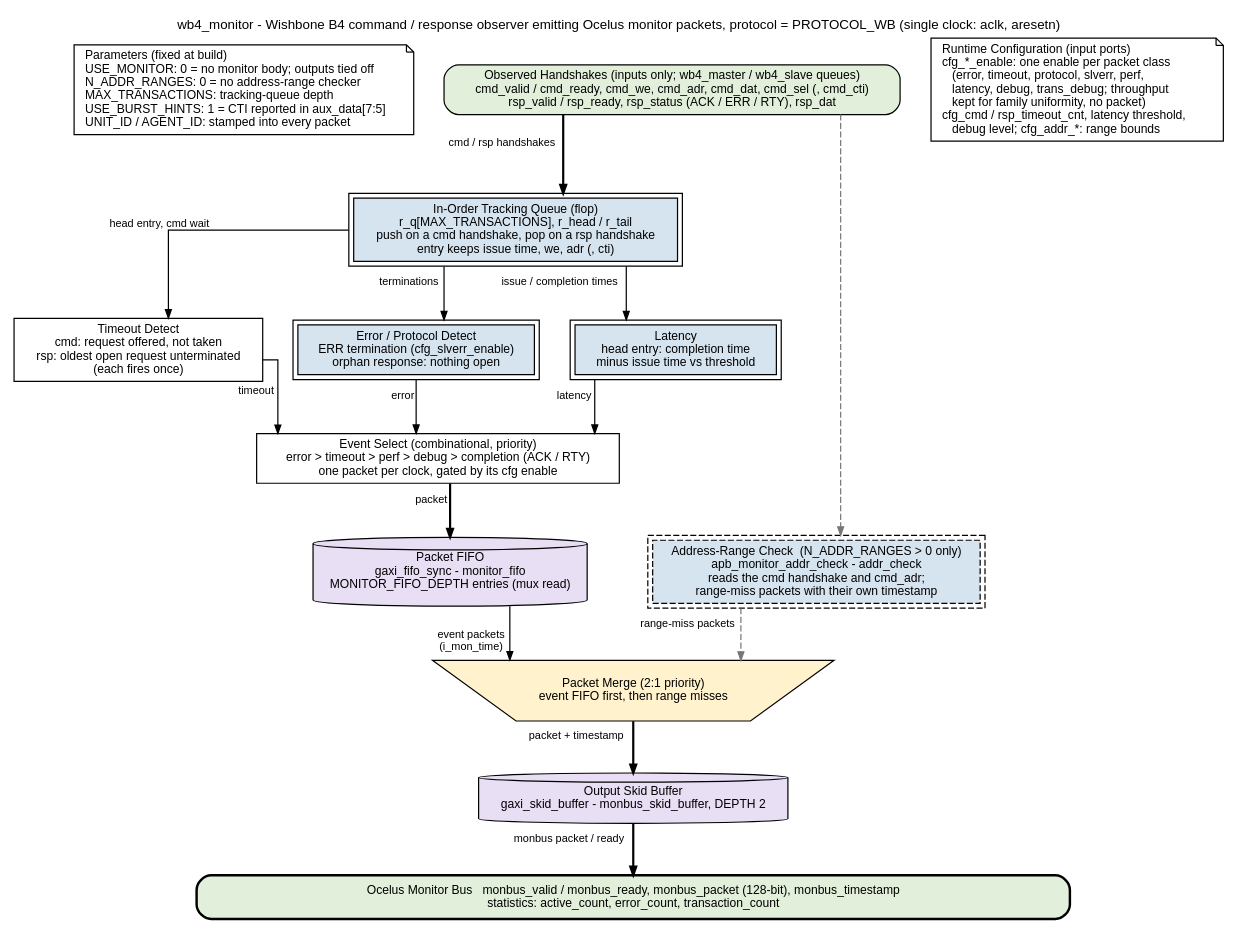
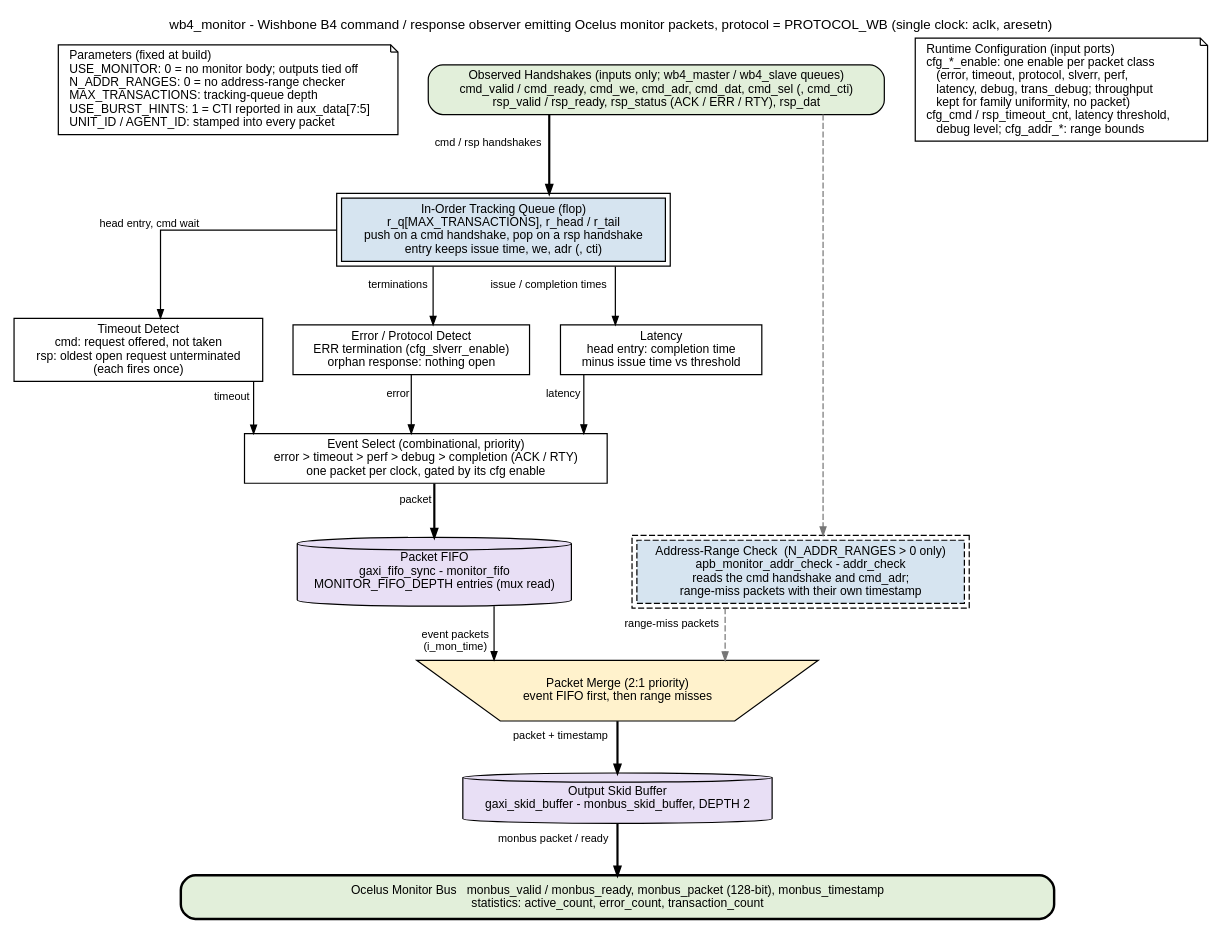
The diagram in docs/markdown/assets/rtl-amba/graphviz/wb4_monitor.dot (sean-galloway/RTLDesignSherpa), drawn with Graphviz before and after one commit. The commit also changed 85 other files, not shown here.

```diff
--- a/docs/markdown/assets/rtl-amba/graphviz/wb4_monitor.dot
+++ b/docs/markdown/assets/rtl-amba/graphviz/wb4_monitor.dot
@@ -1,56 +1,56 @@
 // wb4_monitor block diagram - house style (vault/handbook/authoring/block-diagrams.md).
 // Same family shape as apb4_monitor (its template): observed handshakes at
 // the top, the Ocelus monitor bus as the bottom bar. Wishbone terminates in
 // issue order, so transfers are tracked in an IN-ORDER queue (the response
 // always pairs with the oldest open request), not a slot table.
 // Source of truth: rtl/amba/wb4/wb4_monitor.sv.
 digraph wb4_monitor {
     graph [rankdir=TB, bgcolor="white", fontname="Helvetica", fontsize=11,
            nodesep="0.35", ranksep="0.60", splines=ortho, newrank=true,
            label="wb4_monitor - Wishbone B4 command / response observer emitting Ocelus monitor packets, protocol = PROTOCOL_WB (single clock: aclk, aresetn)",
            labelloc=t, labeljust=c];
     node  [fontname="Helvetica", fontsize=10, shape=box, style=filled,
            fillcolor="white", color="black", margin="0.12,0.06"];
     edge  [fontname="Helvetica", fontsize=9, color="black", arrowsize=0.7];
 
     prm  [label="Parameters (fixed at build)\lUSE_MONITOR: 0 = no monitor body; outputs tied off\lN_ADDR_RANGES: 0 = no address-range checker\lMAX_TRANSACTIONS: tracking-queue depth\lUSE_BURST_HINTS: 1 = CTI reported in aux_data[7:5]\lUNIT_ID / AGENT_ID: stamped into every packet\l", fillcolor="white", shape=note];
     taps [label="Observed Handshakes (inputs only; wb4_master / wb4_slave queues)\ncmd_valid / cmd_ready, cmd_we, cmd_adr, cmd_dat, cmd_sel (, cmd_cti)\nrsp_valid / rsp_ready, rsp_status (ACK / ERR / RTY), rsp_dat", fillcolor="white", style="rounded,filled", fillcolor="#E2EFDA"];
     cfg  [label="Runtime Configuration (input ports)\lcfg_*_enable: one enable per packet class\l    (error, timeout, protocol, slverr, perf,\l    latency, debug, trans_debug; throughput\l    kept for family uniformity, no packet)\lcfg_cmd / rsp_timeout_cnt, latency threshold,\l    debug level; cfg_addr_*: range bounds\l", fillcolor="white", shape=note];
 
     trk  [label="In-Order Tracking Queue (flop)\nr_q[MAX_TRANSACTIONS], r_head / r_tail\npush on a cmd handshake, pop on a rsp handshake\nentry keeps issue time, we, adr (, cti)", peripheries=2, style="filled", fillcolor="#D6E4F0"];
 
     tmo  [label="Timeout Detect\ncmd: request offered, not taken\nrsp: oldest open request unterminated\n(each fires once)", style="filled", fillcolor="white"];
-    err  [label="Error / Protocol Detect\nERR termination (cfg_slverr_enable)\norphan response: nothing open", peripheries=2, style="filled", fillcolor="#D6E4F0"];
-    perf [label="Latency\nhead entry: completion time\nminus issue time vs threshold", peripheries=2, style="filled", fillcolor="#D6E4F0"];
+    err  [label="Error / Protocol Detect\nERR termination (cfg_slverr_enable)\norphan response: nothing open", style="filled", fillcolor="white"];
+    perf [label="Latency\nhead entry: completion time\nminus issue time vs threshold", style="filled", fillcolor="white"];
 
     evt  [label="Event Select (combinational, priority)\nerror > timeout > perf > debug > completion (ACK / RTY)\none packet per clock, gated by its cfg enable", style="filled", fillcolor="white"];
     fifo [label="Packet FIFO\ngaxi_fifo_sync - monitor_fifo\nMONITOR_FIFO_DEPTH entries (mux read)", shape=cylinder, style="filled", fillcolor="#E8DFF5"];
     addr [label="Address-Range Check  (N_ADDR_RANGES > 0 only)\napb_monitor_addr_check - addr_check\nreads the cmd handshake and cmd_adr;\nrange-miss packets with their own timestamp", style="filled,dashed", peripheries=2, style="filled,dashed", fillcolor="#D6E4F0"];
 
     merge [label="Packet Merge (2:1 priority)\nevent FIFO first, then range misses", shape=invtrapezium, fillcolor="#BFD7EE", width=4.6, height=0.7, fixedsize=true, style="filled", fillcolor="#FFF2CC"];
     skid [label="Output Skid Buffer\ngaxi_skid_buffer - monbus_skid_buffer, DEPTH 2", shape=cylinder, style="filled", fillcolor="#E8DFF5"];
 
     out  [label="Ocelus Monitor Bus   monbus_valid / monbus_ready, monbus_packet (128-bit), monbus_timestamp\nstatistics: active_count, error_count, transaction_count",
           fillcolor="white", width=10.0, style="rounded,filled,bold", fillcolor="#E2EFDA"];
 
     taps -> trk [penwidth=1.8, xlabel="cmd / rsp handshakes"];
     taps -> addr [style=dashed, color="#777777"];
     trk -> tmo [xlabel="head entry, cmd wait"];
     trk -> err [xlabel="terminations"];
     trk -> perf [xlabel="issue / completion times"];
     tmo -> evt [xlabel="timeout"];
     err -> evt [xlabel="error"];
     perf -> evt [xlabel="latency"];
     evt -> fifo [penwidth=1.8, xlabel="packet"];
     fifo -> merge [xlabel="event packets\n(i_mon_time)"];
     addr -> merge [style=dashed, color="#777777", xlabel="range-miss packets"];
     merge -> skid [penwidth=1.8, xlabel="packet + timestamp"];
     skid -> out [penwidth=1.8, xlabel="monbus packet / ready"];
 
     { rank=same; prm; taps; cfg; }
     { rank=same; tmo; err; perf; }
     { rank=same; fifo; addr; }
     prm -> taps [style=invis]; taps -> cfg [style=invis];
     tmo -> err [style=invis]; err -> perf [style=invis];
     fifo -> addr [style=invis, minlen=2];
 }
```
